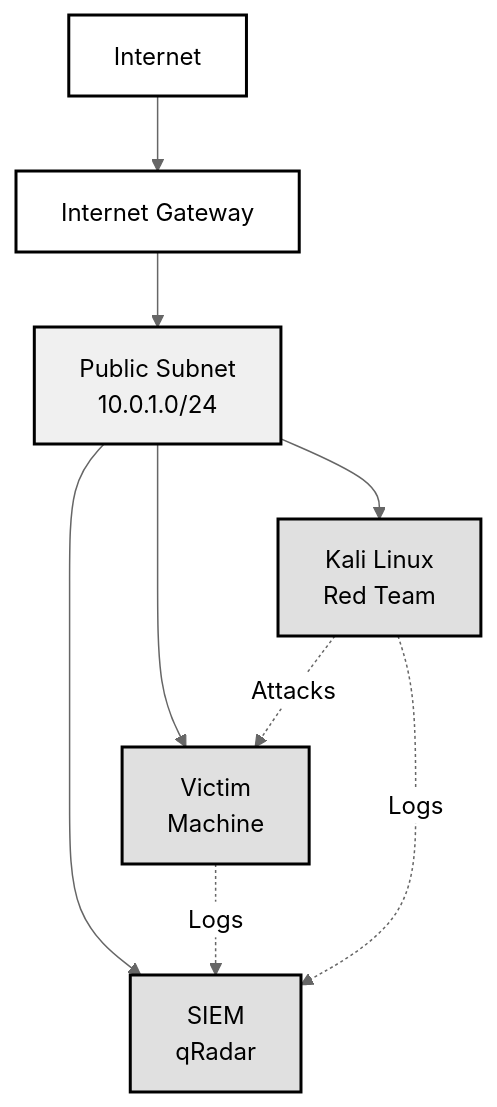
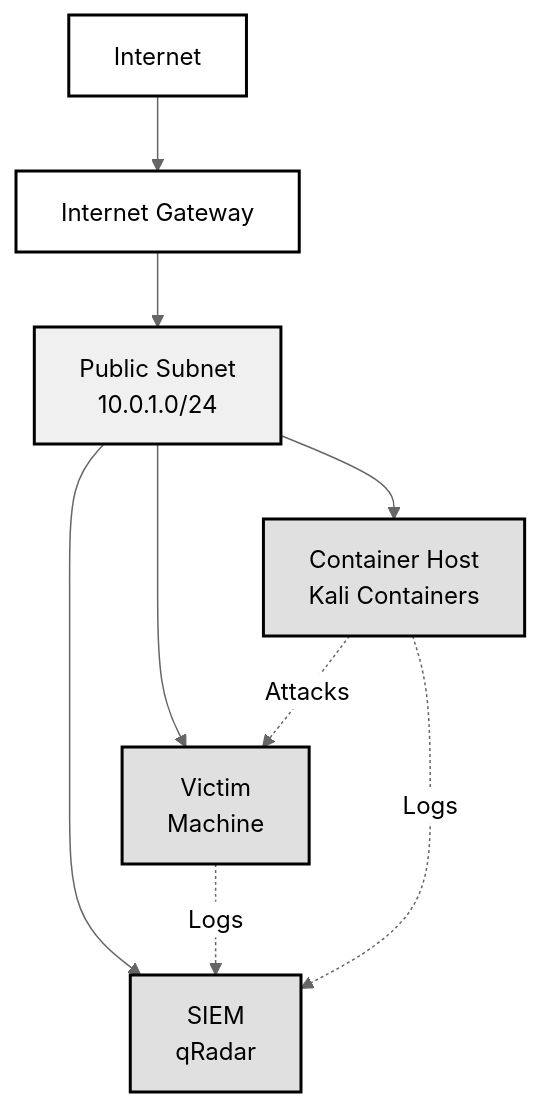
One commit to PaloAltoNetworks/shifter changed the first of 4 diagrams in docs/architecture.md. Above: the diagram before and after it, drawn with Mermaid (neutral theme). The commit also changed other lines of this file and 3 other files, not shown here.

Commit message:
docs: Update docs for red team containerization

````diff
--- a/docs/architecture.md
+++ b/docs/architecture.md
@@ -15,19 +15,19 @@
 ```mermaid
 flowchart TD
     A[Internet] --> B[Internet Gateway]
     B --> C[Public Subnet<br/>10.0.1.0/24]
     C --> D[SIEM<br/>qRadar]
     C --> E[Victim<br/>Machine]
-    C --> F[Kali Linux<br/>Red Team]
+    C --> F[Container Host<br/>Kali Containers]
     E -.->|Logs| D
     F -.->|Attacks| E
     F -.->|Logs| D
     
     classDef default fill:#ffffff,stroke:#000000,stroke-width:2px,color:#000000
     classDef subnet fill:#f0f0f0,stroke:#000000,stroke-width:2px,color:#000000
     classDef instances fill:#e0e0e0,stroke:#000000,stroke-width:2px,color:#000000
     
     class A,B default
     class C subnet
     class D,E,F instances
 ```
````
